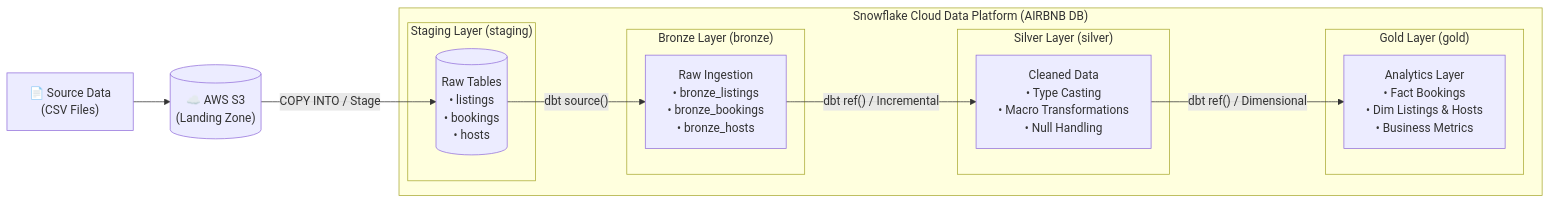
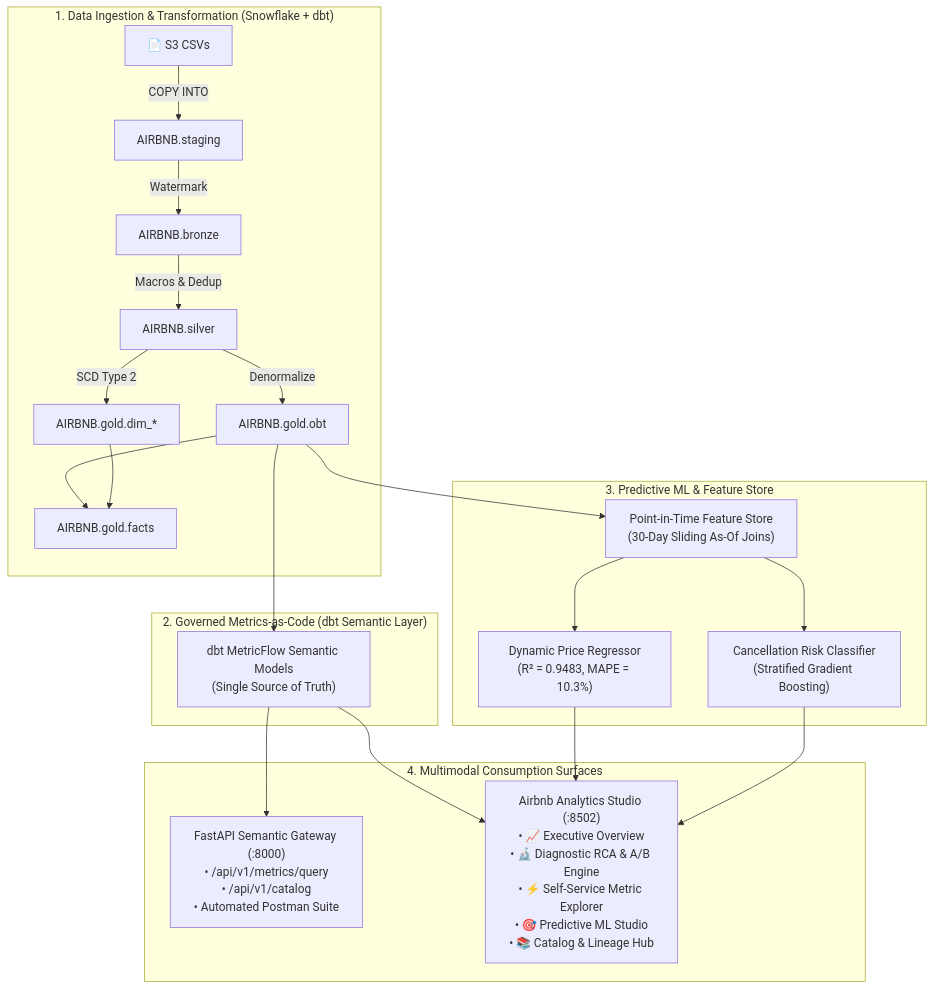
Before and after one commit to jimaaa17/airbnb-snowflake-dbt-pipeline: the diagram in README.md, drawn with Mermaid. The commit also changed other lines of this file, not shown here.

Commit message:
docs: update README.md with semantic layer, fastapi gateway, ml studio, and analytics app

````diff
--- a/README.md
+++ b/README.md
@@ -28,29 +39,26 @@
 ```mermaid
-flowchart LR
-    CSV["📄 Source Data<br/>(CSV Files)"]
-    S3[("☁️ AWS S3<br/>(Landing Zone)")]
-    
-    subgraph Snowflake ["Snowflake Cloud Data Platform (AIRBNB DB)"]
-        subgraph Staging ["Staging Layer (staging)"]
-            RAW[("Raw Tables<br/>• listings<br/>• bookings<br/>• hosts")]
-        end
-
-        subgraph Bronze ["Bronze Layer (bronze)"]
-            BRZ["Raw Ingestion<br/>• bronze_listings<br/>• bronze_bookings<br/>• bronze_hosts"]
-        end
-
-        subgraph Silver ["Silver Layer (silver)"]
-            SLV["Cleaned Data<br/>• Type Casting<br/>• Macro Transformations<br/>• Null Handling"]
-        end
-
-        subgraph Gold ["Gold Layer (gold)"]
-            GLD["Analytics Layer<br/>• Fact Bookings<br/>• Dim Listings & Hosts<br/>• Business Metrics"]
-        end
+flowchart TD
+    subgraph DataEngineering["1. Data Ingestion & Transformation (Snowflake + dbt)"]
+        CSV["📄 S3 CSVs"] -->|"COPY INTO"| STG["AIRBNB.staging"]
+        STG -->|"Watermark"| BRZ["AIRBNB.bronze"]
+        BRZ -->|"Macros & Dedup"| SLV["AIRBNB.silver"]
+        SLV -->|"Denormalize"| OBT["AIRBNB.gold.obt"]
+        SLV -->|"SCD Type 2"| DIM["AIRBNB.gold.dim_*"]
+        OBT & DIM --> FACTS["AIRBNB.gold.facts"]
     end
 
-    CSV --> S3
-    S3 -->|"COPY INTO / Stage"| RAW
-    RAW -->|"dbt source()"| BRZ
-    BRZ -->|"dbt ref() / Incremental"| SLV
-    SLV -->|"dbt ref() / Dimensional"| GLD
+    subgraph SemanticGov["2. Governed Metrics-as-Code (dbt Semantic Layer)"]
+        OBT --> MetricFlow["dbt MetricFlow Semantic Models<br/>(Single Source of Truth)"]
+    end
+
+    subgraph Intelligence["3. Predictive ML & Feature Store"]
+        OBT --> FS["Point-in-Time Feature Store<br/>(30-Day Sliding As-Of Joins)"]
+        FS --> PR["Dynamic Price Regressor<br/>(R² = 0.9483, MAPE = 10.3%)"]
+        FS --> CR["Cancellation Risk Classifier<br/>(Stratified Gradient Boosting)"]
+    end
+
+    subgraph Consumption["4. Multimodal Consumption Surfaces"]
+        MetricFlow --> API["FastAPI Semantic Gateway (:8000)<br/>• /api/v1/metrics/query<br/>• /api/v1/catalog<br/>• Automated Postman Suite"]
+        MetricFlow & PR & CR --> Studio["Airbnb Analytics Studio (:8502)<br/>• 📈 Executive Overview<br/>• 🔬 Diagnostic RCA & A/B Engine<br/>• ⚡ Self-Service Metric Explorer<br/>• 🎯 Predictive ML Studio<br/>• 📚 Catalog & Lineage Hub"]
+    end
 ```
````
